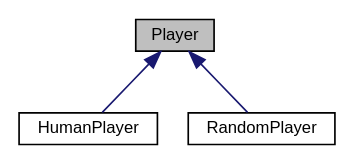
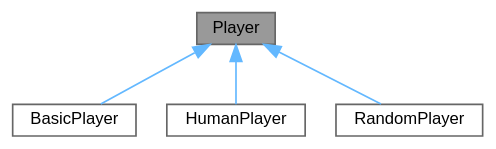
One commit to jesstyrrell/cosc345 changed the diagram in class_player__inherit__graph.dot. Above: the diagram before and after it, drawn with Graphviz. The commit also changed 549 other files, not shown here.

```diff
--- a/class_player__inherit__graph.dot
+++ b/class_player__inherit__graph.dot
@@ -1,12 +1,15 @@
 digraph "Player"
 {
  // INTERACTIVE_SVG=YES
  // LATEX_PDF_SIZE
-  edge [fontname="Helvetica",fontsize="10",labelfontname="Helvetica",labelfontsize="10"];
-  node [fontname="Helvetica",fontsize="10",shape=record];
-  Node1 [label="Player",height=0.2,width=0.4,color="black", fillcolor="grey75", style="filled", fontcolor="black",tooltip="Represents a human player in the poker game."];
-  Node1 -> Node2 [dir="back",color="midnightblue",fontsize="10",style="solid",fontname="Helvetica"];
-  Node2 [label="HumanPlayer",height=0.2,width=0.4,color="black", fillcolor="white", style="filled",URL="$class_human_player.html",tooltip=" "];
-  Node1 -> Node3 [dir="back",color="midnightblue",fontsize="10",style="solid",fontname="Helvetica"];
-  Node3 [label="RandomPlayer",height=0.2,width=0.4,color="black", fillcolor="white", style="filled",URL="$class_random_player.html",tooltip=" "];
+  bgcolor="transparent";
+  edge [fontname=Helvetica,fontsize=10,labelfontname=Helvetica,labelfontsize=10];
+  node [fontname=Helvetica,fontsize=10,shape=box,height=0.2,width=0.4];
+  Node1 [id="Node000001",label="Player",height=0.2,width=0.4,color="gray40", fillcolor="grey60", style="filled", fontcolor="black",tooltip="Represents a human player in the poker game."];
+  Node1 -> Node2 [id="edge1_Node000001_Node000002",dir="back",color="steelblue1",style="solid",tooltip=" "];
+  Node2 [id="Node000002",label="BasicPlayer",height=0.2,width=0.4,color="gray40", fillcolor="white", style="filled",URL="$class_basic_player.html",tooltip=" "];
+  Node1 -> Node3 [id="edge2_Node000001_Node000003",dir="back",color="steelblue1",style="solid",tooltip=" "];
+  Node3 [id="Node000003",label="HumanPlayer",height=0.2,width=0.4,color="gray40", fillcolor="white", style="filled",URL="$class_human_player.html",tooltip=" "];
+  Node1 -> Node4 [id="edge3_Node000001_Node000004",dir="back",color="steelblue1",style="solid",tooltip=" "];
+  Node4 [id="Node000004",label="RandomPlayer",height=0.2,width=0.4,color="gray40", fillcolor="white", style="filled",URL="$class_random_player.html",tooltip=" "];
 }
```
